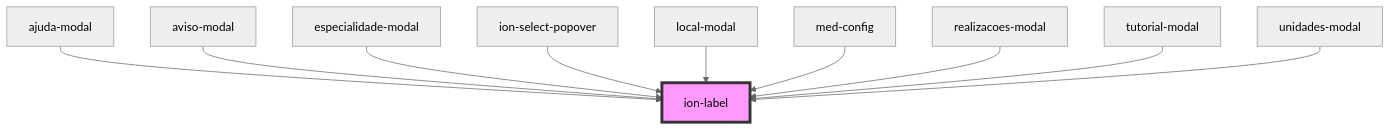
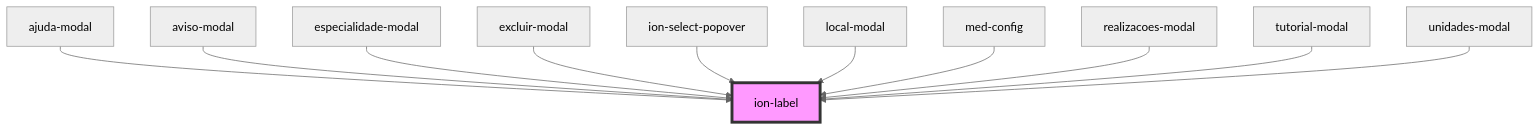
The diagram in core/src/components/label/readme.md (MEDGRUPOGIT/ionic-framework-1), drawn with Mermaid (neutral theme) before and after one commit. The commit also changed other lines of this file and 19 other files, not shown here.

````diff
--- a/core/src/components/label/readme.md
+++ b/core/src/components/label/readme.md
@@ -317,13 +318,14 @@
 ```mermaid
 graph TD;
   ajuda-modal --> ion-label
   aviso-modal --> ion-label
   especialidade-modal --> ion-label
+  excluir-modal --> ion-label
   ion-select-popover --> ion-label
   local-modal --> ion-label
   med-config --> ion-label
   realizacoes-modal --> ion-label
   tutorial-modal --> ion-label
   unidades-modal --> ion-label
   style ion-label fill:#f9f,stroke:#333,stroke-width:4px
 ```
````
